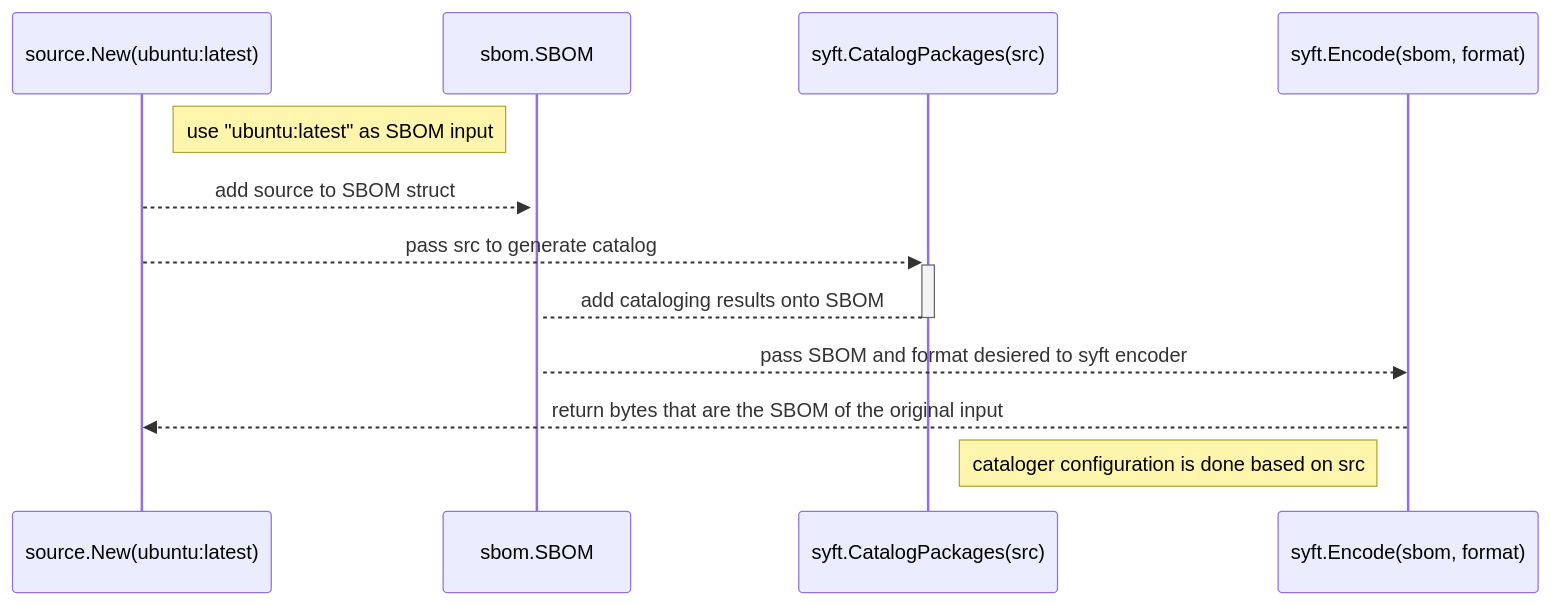
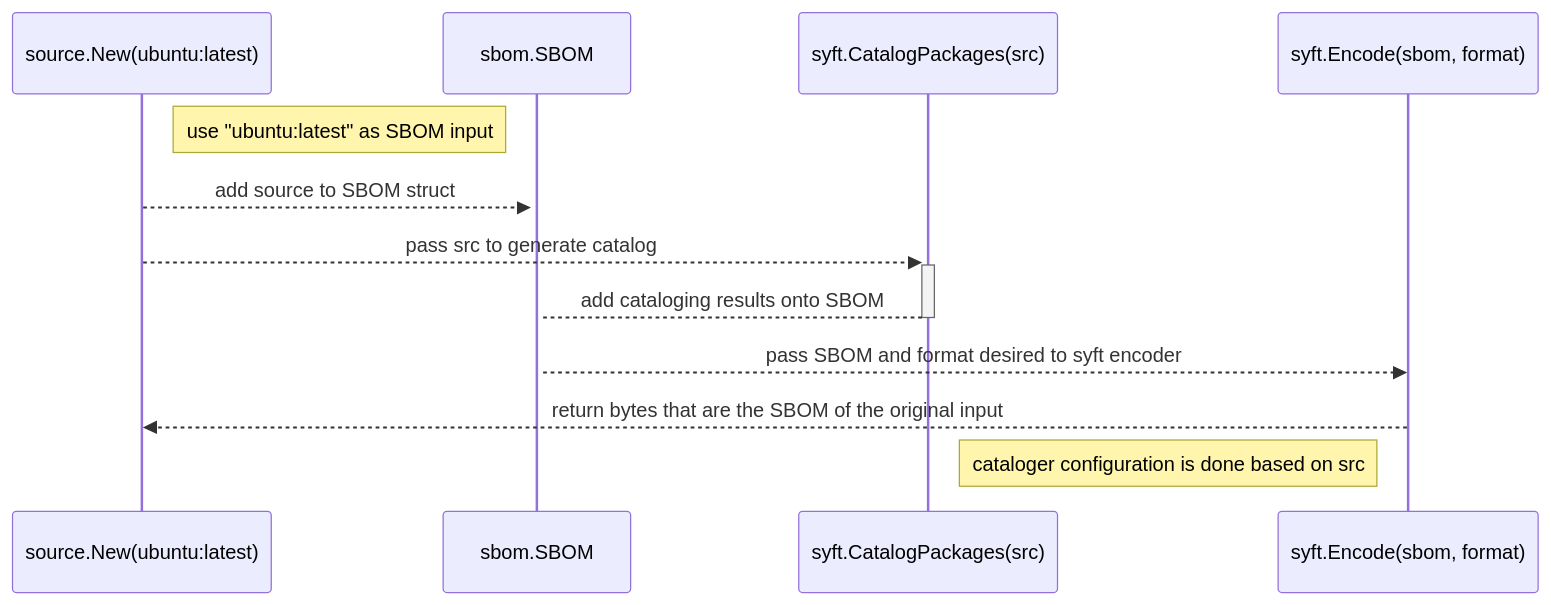
The second of 2 diagrams in content/docs/contributing/syft/_index.md (anchore/oss-docs), drawn with Mermaid before and after one commit. The commit also changed other lines of this file and 760 other files, not shown here.

````diff
--- a/content/docs/contributing/syft/_index.md
+++ b/content/docs/contributing/syft/_index.md
@@ -124,17 +127,17 @@
 ```mermaid
 sequenceDiagram
     participant source as source.New(ubuntu:latest)
     participant sbom as sbom.SBOM
     participant catalog as syft.CatalogPackages(src)
     participant encoder as syft.Encode(sbom, format)
 
     Note right of source: use "ubuntu:latest" as SBOM input
 
     source-->>+sbom: add source to SBOM struct
     source-->>+catalog: pass src to generate catalog
     catalog-->-sbom: add cataloging results onto SBOM
-    sbom-->>encoder: pass SBOM and format desiered to syft encoder
-    encoder-->>source: return bytes that are the SBOM of the original input 
+    sbom-->>encoder: pass SBOM and format desired to syft encoder
+    encoder-->>source: return bytes that are the SBOM of the original input
 
     Note right of catalog: cataloger configuration is done based on src
 ```
````
